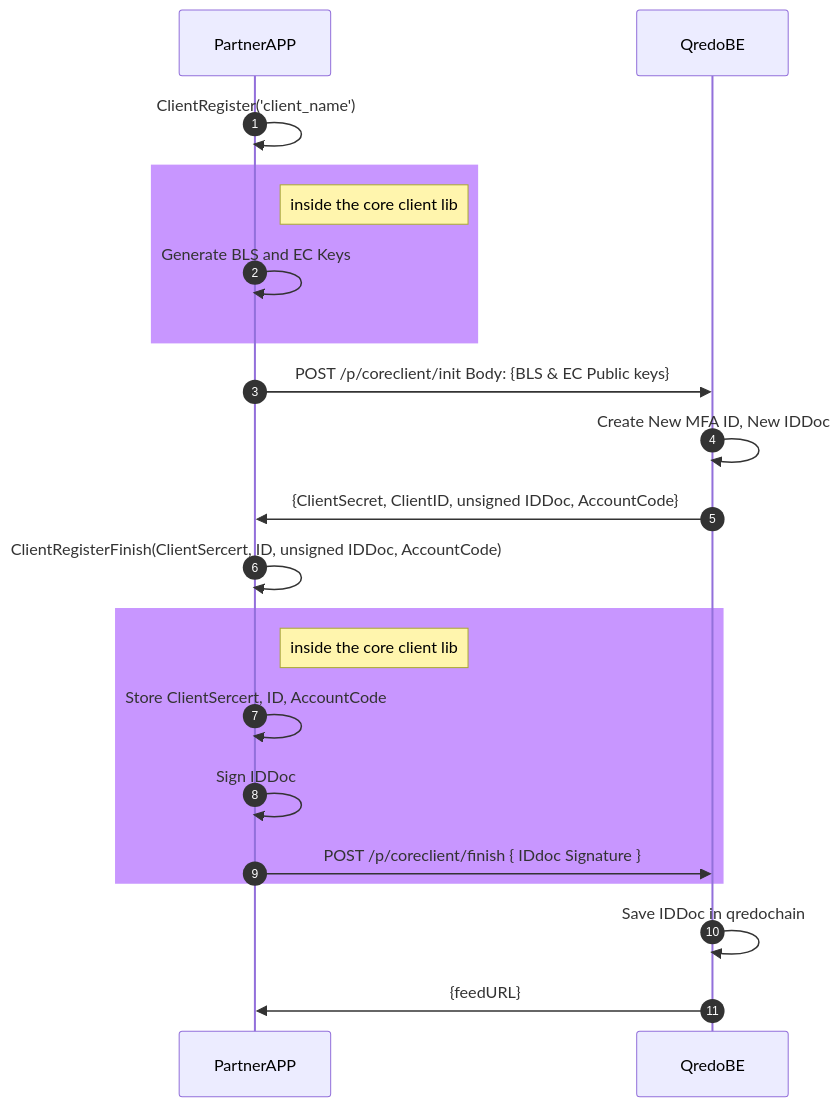
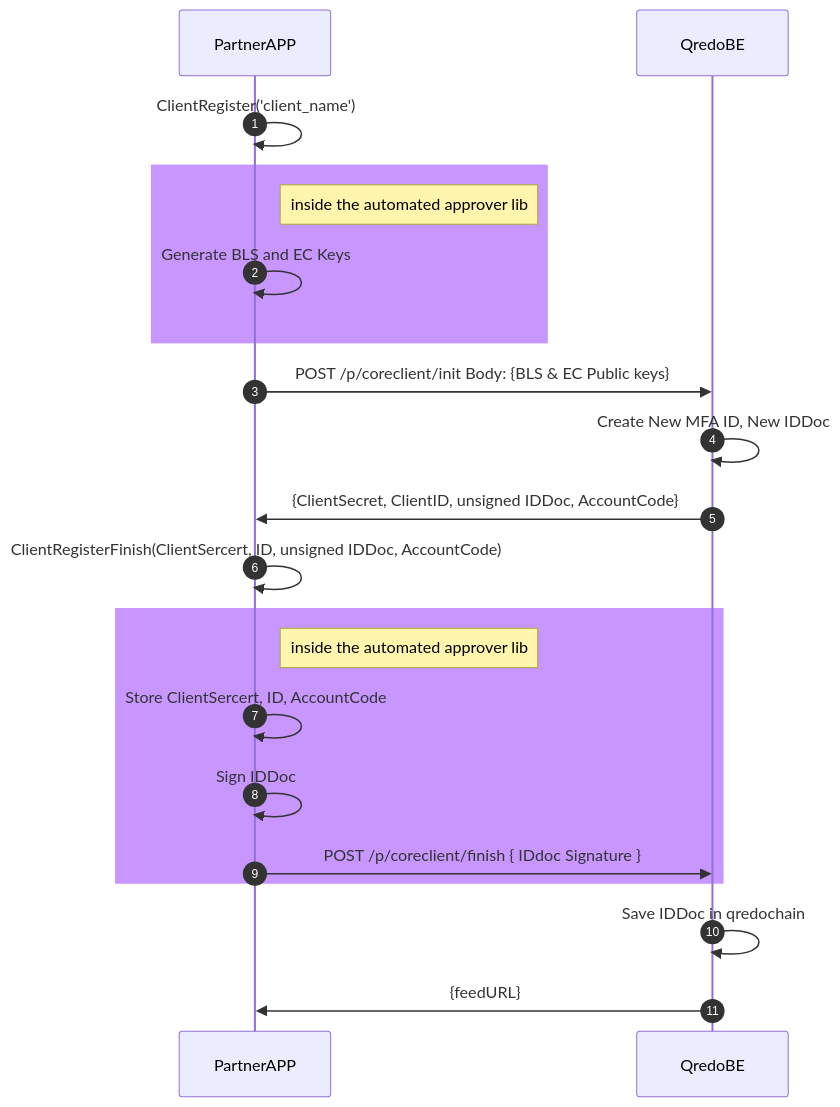
Before and after one commit to qredo/signing-agent: the second of 3 diagrams in doc/usage.md, drawn with Mermaid. The commit also changed other lines of this file and 1 other file, not shown here.

Commit message:
CE-35 - replace phrase core-client with automated-approver - the text

````diff
--- a/doc/usage.md
+++ b/doc/usage.md
@@ -199,22 +199,22 @@
 ```mermaid
 sequenceDiagram
   autonumber
   PartnerAPP->>PartnerAPP:ClientRegister('client_name')
 
   rect rgb(200, 150, 255)
-  note right of PartnerAPP: inside the core client lib
+  note right of PartnerAPP: inside the automated approver lib
   PartnerAPP->>PartnerAPP: Generate BLS and EC Keys
   end
   PartnerAPP->>QredoBE: POST /p/coreclient/init Body: {BLS & EC Public keys}
   QredoBE->>QredoBE: Create New MFA ID, New IDDoc
   QredoBE->>PartnerAPP:{ClientSecret, ClientID, unsigned IDDoc, AccountCode}
   PartnerAPP->>PartnerAPP: ClientRegisterFinish(ClientSercert, ID, unsigned IDDoc, AccountCode)
   rect rgb(200, 150, 255)
-  note right of PartnerAPP: inside the core client lib
+  note right of PartnerAPP: inside the automated approver lib
   PartnerAPP->>PartnerAPP: Store ClientSercert, ID, AccountCode
   PartnerAPP->>PartnerAPP: Sign IDDoc
   PartnerAPP->>QredoBE: POST /p/coreclient/finish { IDdoc Signature }
   end
   QredoBE->>QredoBE: Save IDDoc in qredochain
   QredoBE->>PartnerAPP: {feedURL}
 ```
````
